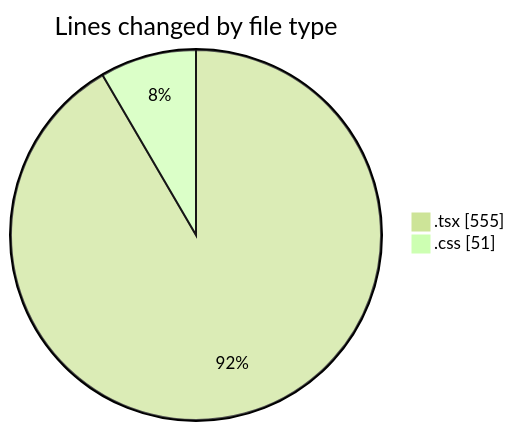
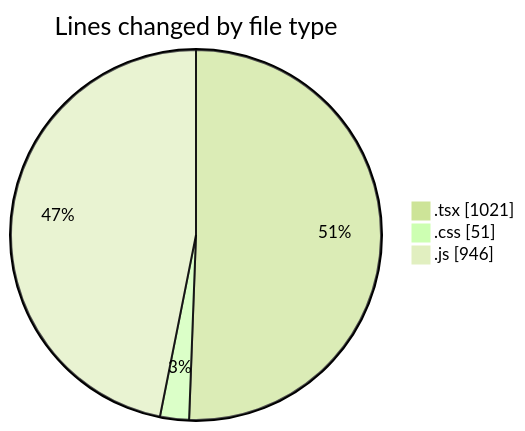
The first of 2 diagrams in 2025-04-22/indesign/README.md (Elitesun/code-tracking), drawn with Mermaid (forest theme) before and after one commit. The commit also changed other lines of this file and 1 other file, not shown here.

````diff
--- a/2025-04-22/indesign/README.md
+++ b/2025-04-22/indesign/README.md
@@ -25,6 +29,7 @@
 ```mermaid
 pie showData
 title Lines changed by file type
-".tsx" : 555
+".tsx" : 1021
 ".css" : 51
+".js" : 946
 ```
````
